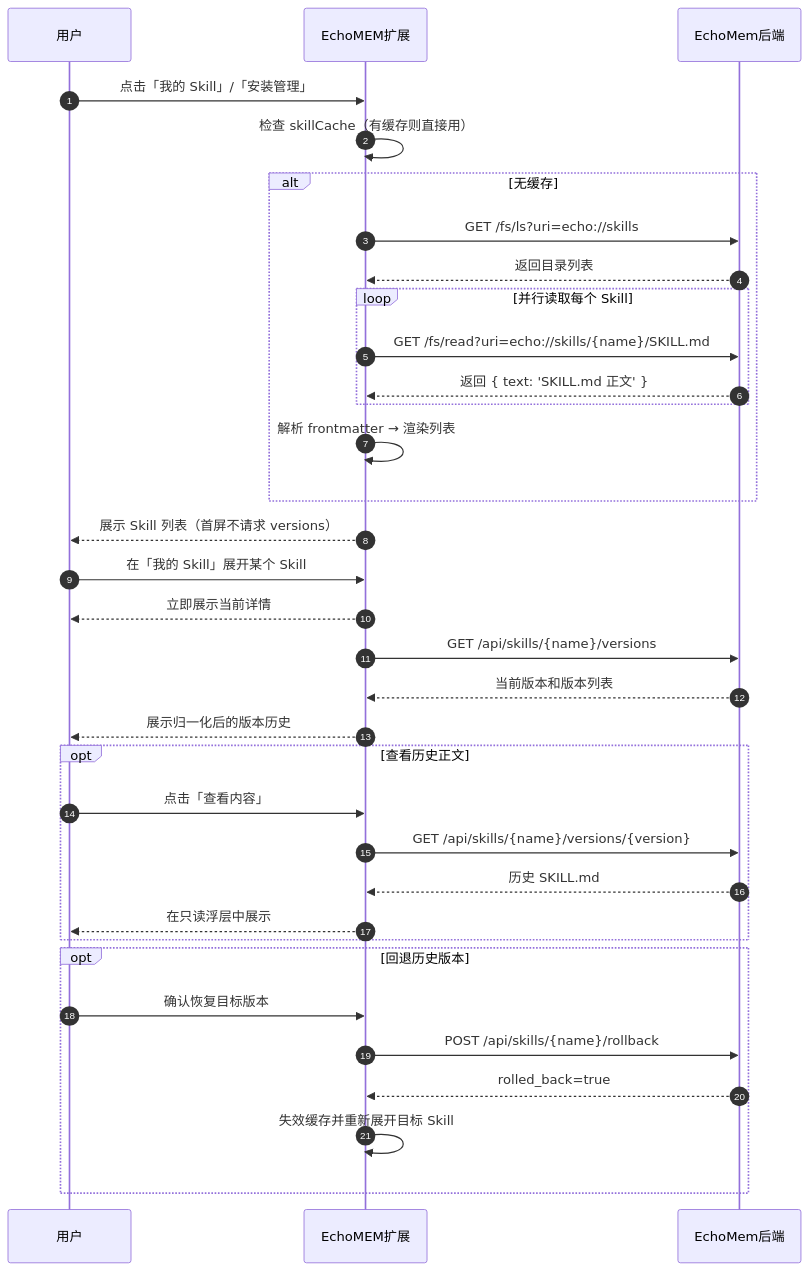
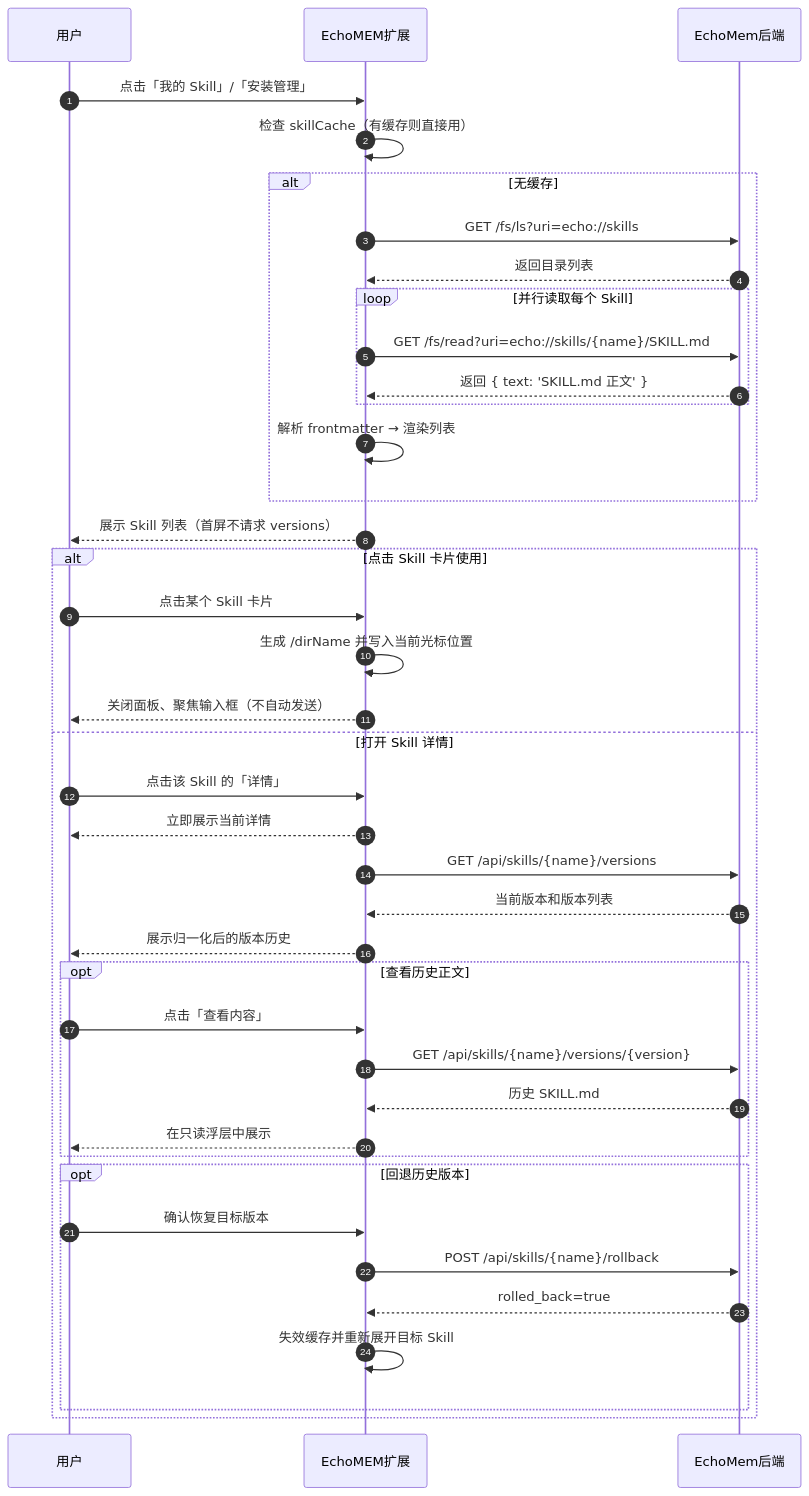
One commit to WawaGuess/EchoMEM-WEB-EXTENSION changed the diagram in docs/flows/skill-store/列表读取流程.md. Above: the diagram before and after it, drawn with Mermaid. The commit also changed other lines of this file and 11 other files, not shown here.

````diff
--- a/docs/flows/skill-store/列表读取流程.md
+++ b/docs/flows/skill-store/列表读取流程.md
@@ -22,37 +22,43 @@
 ```mermaid
 sequenceDiagram
     autonumber
     participant U as 用户
     participant E as EchoMEM扩展
     participant EM as EchoMem后端
 
     U->>E: 点击「我的 Skill」/「安装管理」
     E->>E: 检查 skillCache（有缓存则直接用）
     alt 无缓存
         E->>EM: GET /fs/ls?uri=echo://skills
         EM-->>E: 返回目录列表
         loop 并行读取每个 Skill
             E->>EM: GET /fs/read?uri=echo://skills/{name}/SKILL.md
             EM-->>E: 返回 { text: 'SKILL.md 正文' }
         end
         E->>E: 解析 frontmatter → 渲染列表
     end
     E-->>U: 展示 Skill 列表（首屏不请求 versions）
-    U->>E: 在「我的 Skill」展开某个 Skill
-    E-->>U: 立即展示当前详情
-    E->>EM: GET /api/skills/{name}/versions
-    EM-->>E: 当前版本和版本列表
-    E-->>U: 展示归一化后的版本历史
-    opt 查看历史正文
-        U->>E: 点击「查看内容」
-        E->>EM: GET /api/skills/{name}/versions/{version}
-        EM-->>E: 历史 SKILL.md
-        E-->>U: 在只读浮层中展示
-    end
-    opt 回退历史版本
-        U->>E: 确认恢复目标版本
-        E->>EM: POST /api/skills/{name}/rollback
-        EM-->>E: rolled_back=true
-        E->>E: 失效缓存并重新展开目标 Skill
+    alt 点击 Skill 卡片使用
+        U->>E: 点击某个 Skill 卡片
+        E->>E: 生成 /dirName 并写入当前光标位置
+        E-->>U: 关闭面板、聚焦输入框（不自动发送）
+    else 打开 Skill 详情
+        U->>E: 点击该 Skill 的「详情」
+        E-->>U: 立即展示当前详情
+        E->>EM: GET /api/skills/{name}/versions
+        EM-->>E: 当前版本和版本列表
+        E-->>U: 展示归一化后的版本历史
+        opt 查看历史正文
+            U->>E: 点击「查看内容」
+            E->>EM: GET /api/skills/{name}/versions/{version}
+            EM-->>E: 历史 SKILL.md
+            E-->>U: 在只读浮层中展示
+        end
+        opt 回退历史版本
+            U->>E: 确认恢复目标版本
+            E->>EM: POST /api/skills/{name}/rollback
+            EM-->>E: rolled_back=true
+            E->>E: 失效缓存并重新展开目标 Skill
+        end
     end
 ```
````
